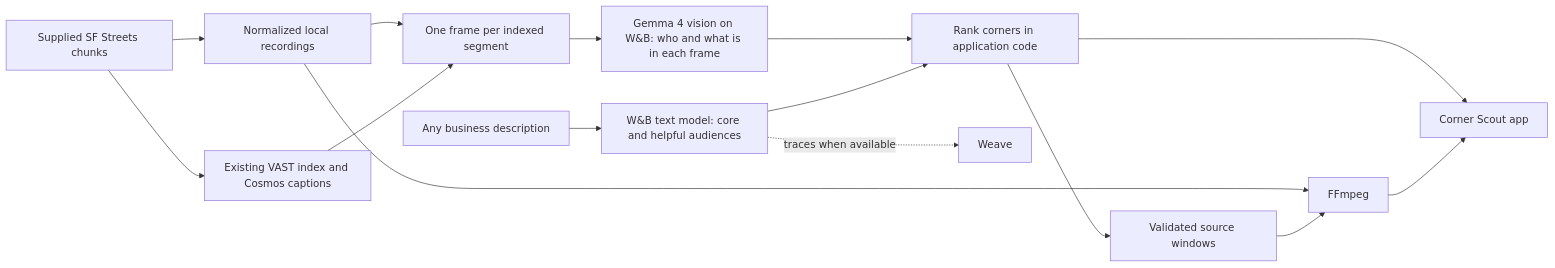
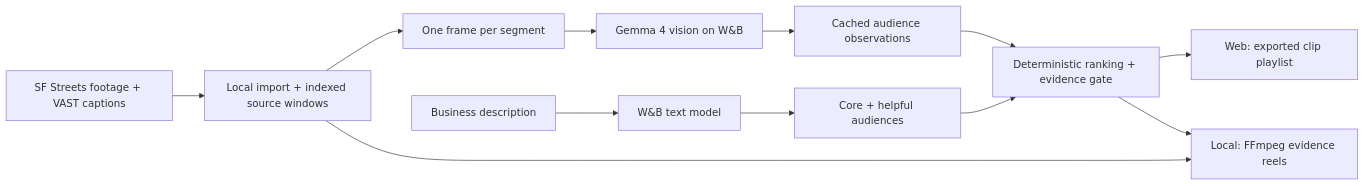
Before and after one commit to Kakoedlinnoeslovo/highlight-agent-hack: the diagram in README.md, drawn with Mermaid. The commit also changed other lines of this file and 2 other files, not shown here.

Commit message:
docs: make Corner Scout README clear and reproducible

````diff
--- a/README.md
+++ b/README.md
@@ -278,17 +80,14 @@
 ```mermaid
 flowchart LR
-    Dataset[Supplied SF Streets chunks] --> Source[Normalized local recordings]
-    Dataset --> Index[Existing VAST index and Cosmos captions]
-    Source --> Frames[One frame per indexed segment]
-    Index --> Frames
-    Frames --> Vision[Gemma 4 vision on W&B: who and what is in each frame]
-    Business[Any business description] --> Audience[W&B text model: core and helpful audiences]
-    Vision --> Ranking[Rank corners in application code]
-    Audience --> Ranking
-    Ranking --> Plan[Validated source windows]
-    Source --> Render[FFmpeg]
-    Plan --> Render
-    Ranking --> App[Corner Scout app]
-    Render --> App
-    Audience -. traces when available .-> Weave[Weave]
+    Dataset["SF Streets footage + VAST captions"] --> Import["Local import + indexed source windows"]
+    Import --> Frames["One frame per segment"]
+    Frames --> Vision["Gemma 4 vision on W&B"]
+    Vision --> Cache["Cached audience observations"]
+    Business["Business description"] --> Text["W&B text model"]
+    Text --> Profile["Core + helpful audiences"]
+    Cache --> Rank["Deterministic ranking + evidence gate"]
+    Profile --> Rank
+    Rank --> Hosted["Web: exported clip playlist"]
+    Rank --> Local["Local: FFmpeg evidence reels"]
+    Import --> Local
 ```
````
